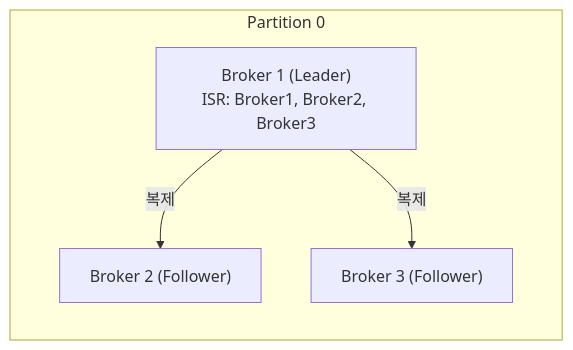
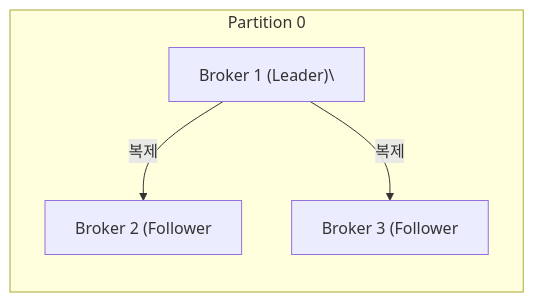
Diagram 16 of 21 in _posts/kafka/2026-05-01-kafka-internals.md (yjkim2015/yjkim2015.github.io), drawn with Mermaid before and after one commit. The commit also changed other lines of this file and 271 other files, not shown here.

First line of the commit message:
Mermaid 라벨 축소: 긴 노드 텍스트 18자 이하로 트림 + \n 제거

````diff
--- a/_posts/kafka/2026-05-01-kafka-internals.md
+++ b/_posts/kafka/2026-05-01-kafka-internals.md
@@ -511,10 +511,10 @@
 ```mermaid
 graph LR
     subgraph partition["Partition 0"]
-        L["Broker 1 (Leader)\nISR: Broker1, Broker2, Broker3"]
-        F1["Broker 2 (Follower)"]
-        F2["Broker 3 (Follower)"]
+        L["Broker 1 (Leader)\"]
+        F1["Broker 2 (Follower"]
+        F2["Broker 3 (Follower"]
         L -->|복제| F1
         L -->|복제| F2
     end
 ```
````
